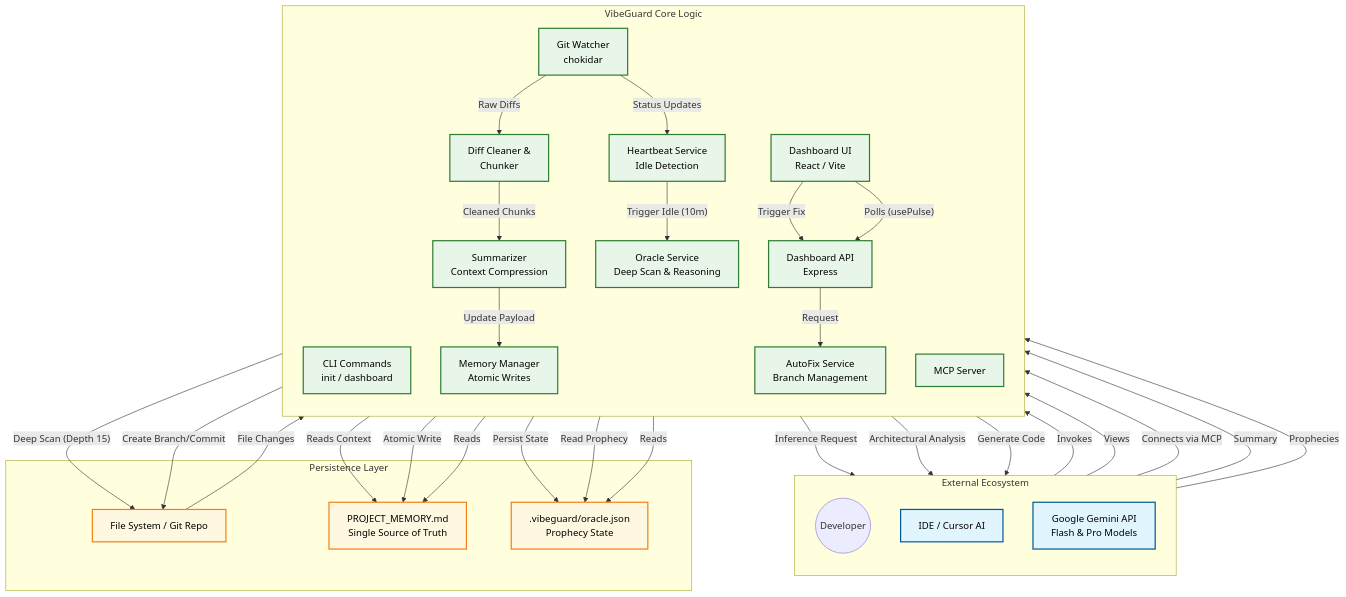
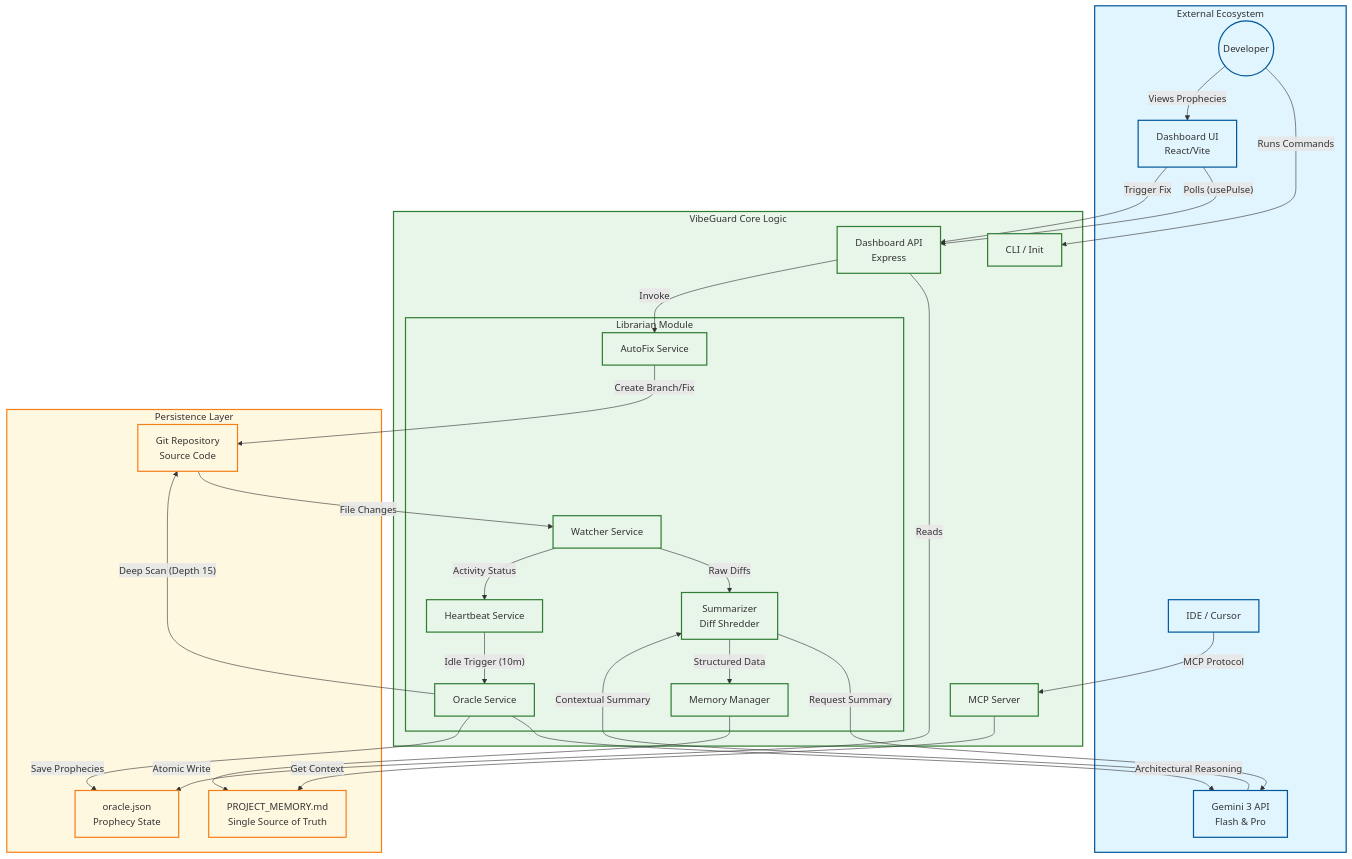
The diagram in DIAGRAM.md (cdaviddav/vibeguard), drawn with Mermaid before and after one commit. The commit also changed other lines of this file and 6 other files, not shown here.

````diff
--- a/DIAGRAM.md
+++ b/DIAGRAM.md
@@ -3,88 +3,92 @@
 ```mermaid
 flowchart TD
-    %% Define Styles
-    classDef ExternalServices fill:#e1f5fe,stroke:#01579b,stroke-width:2px,color:#000
-    classDef InternalLogic fill:#e8f5e9,stroke:#2e7d32,stroke-width:2px,color:#000
-    classDef PersistenceFiles fill:#fff8e1,stroke:#f57f17,stroke-width:2px,color:#000
+    %% ------------------------------
+    %% STYLE DEFINITIONS
+    %% ------------------------------
+    classDef ExternalServices fill:#e1f5fe,stroke:#01579b,stroke-width:2px
+    classDef InternalLogic fill:#e8f5e9,stroke:#2e7d32,stroke-width:2px
+    classDef PersistenceFiles fill:#fff8e1,stroke:#f57f17,stroke-width:2px
 
-    %% External Entities
+    %% ------------------------------
+    %% EXTERNAL SERVICES
+    %% ------------------------------
     subgraph External [External Ecosystem]
-        direction TB
-        Dev((Developer))
-        IDE[IDE / Cursor AI]
-        Gemini[Google Gemini API<br/>Flash & Pro Models]
+        User((Developer))
+        IDE[IDE / Cursor]
+        Gemini[Gemini 3 API<br/>Flash & Pro]
+        DashUI[Dashboard UI<br/>React/Vite]
     end
 
-    %% Persistence Layer (File System)
-    subgraph Storage [Persistence Layer]
-        FS[File System / Git Repo]
-        ProjMem[PROJECT_MEMORY.md<br/>Single Source of Truth]
-        OracleState[.vibeguard/oracle.json<br/>Prophecy State]
+    %% ------------------------------
+    %% INTERNAL LOGIC
+    %% ------------------------------
+    subgraph Core [VibeGuard Core Logic]
+        CLI[CLI / Init]
+        MCP[MCP Server]
+        
+        subgraph Librarian [Librarian Module]
+            Watcher[Watcher Service]
+            Summarizer[Summarizer<br/>Diff Shredder]
+            MemMgr[Memory Manager]
+            Heartbeat[Heartbeat Service]
+            Oracle[Oracle Service]
+            AutoFix[AutoFix Service]
+        end
+        
+        DashAPI[Dashboard API<br/>Express]
     end
 
-    %% VibeGuard Core System
-    subgraph VibeGuard [VibeGuard Core Logic]
-        direction TB
-        
-        %% Entry Points
-        CLI[CLI Commands<br/>init / dashboard]
-        MCP[MCP Server]
-        
-        %% Watcher Pipeline
-        Watcher[Git Watcher<br/>chokidar]
-        DiffEngine[Diff Cleaner &<br/>Chunker]
-        
-        %% Librarian Services
-        Heartbeat[Heartbeat Service<br/>Idle Detection]
-        Oracle[Oracle Service<br/>Deep Scan & Reasoning]
-        Summarizer[Summarizer<br/>Context Compression]
-        MemManager[Memory Manager<br/>Atomic Writes]
-        AutoFix[AutoFix Service<br/>Branch Management]
-        
-        %% Dashboard
-        DashAPI[Dashboard API<br/>Express]
-        DashUI[Dashboard UI<br/>React / Vite]
+    %% ------------------------------
+    %% PERSISTENCE LAYER
+    %% ------------------------------
+    subgraph Storage [Persistence Layer]
+        GitRepo[Git Repository<br/>Source Code]
+        MemFile[PROJECT_MEMORY.md<br/>Single Source of Truth]
+        OracleStore[oracle.json<br/>Prophecy State]
     end
 
-    %% Relationships & Data Flow
+    %% ------------------------------
+    %% DATA FLOW CONNECTIONS
+    %% ------------------------------
+    
+    %% User Interactions
+    User -- "Runs Commands" --> CLI
+    User -- "Views Prophecies" --> DashUI
+    IDE -- "MCP Protocol" --> MCP
+    
+    %% Watcher Pipeline
+    GitRepo -- "File Changes" --> Watcher
+    Watcher -- "Raw Diffs" --> Summarizer
+    Summarizer -- "Request Summary" --> Gemini
+    Gemini -- "Contextual Summary" --> Summarizer
+    Summarizer -- "Structured Data" --> MemMgr
+    MemMgr -- "Atomic Write" --> MemFile
+    
+    %% Autonomous Maintenance Loop
+    Watcher -- "Activity Status" --> Heartbeat
+    Heartbeat -- "Idle Trigger (10m)" --> Oracle
+    Oracle -- "Deep Scan (Depth 15)" --> GitRepo
+    Oracle -- "Architectural Reasoning" --> Gemini
+    Oracle -- "Save Prophecies" --> OracleStore
+    
+    %% Dashboard & AutoFix Flow
+    DashUI -- "Polls (usePulse)" --> DashAPI
+    DashAPI -- "Reads" --> OracleStore
+    DashUI -- "Trigger Fix" --> DashAPI
+    DashAPI -- "Invoke" --> AutoFix
+    AutoFix -- "Create Branch/Fix" --> GitRepo
+    
+    %% Context Retrieval
+    MCP -- "Get Context" --> MemFile
 
-    %% User / IDE Interactions
-    Dev -- Invokes --> CLI
-    Dev -- Views --> DashUI
-    IDE -- Connects via MCP --> MCP
-    MCP -- Reads Context --> ProjMem
-
-    %% Watcher Flow
-    FS -- File Changes --> Watcher
-    Watcher -- Raw Diffs --> DiffEngine
-    DiffEngine -- Cleaned Chunks --> Summarizer
-    Summarizer -- Inference Request --> Gemini
-    Gemini -- Summary --> Summarizer
-    Summarizer -- Update Payload --> MemManager
-    MemManager -- Atomic Write --> ProjMem
-
-    %% Autonomous Loop (Heartbeat & Oracle)
-    Watcher -- Status Updates --> Heartbeat
-    Heartbeat -- Trigger Idle (10m) --> Oracle
-    Oracle -- Deep Scan (Depth 15) --> FS
-    Oracle -- Architectural Analysis --> Gemini
-    Gemini -- Prophecies --> Oracle
-    Oracle -- Persist State --> OracleState
-
-    %% AutoFix Flow
-    DashUI -- Trigger Fix --> DashAPI
-    DashAPI -- Request --> AutoFix
-    AutoFix -- Read Prophecy --> OracleState
-    AutoFix -- Generate Code --> Gemini
-    AutoFix -- Create Branch/Commit --> FS
-
-    %% Dashboard Data Flow
-    DashUI -- Polls (usePulse) --> DashAPI
-    DashAPI -- Reads --> ProjMem
-    DashAPI -- Reads --> OracleState
-
-    %% Apply Styles
-    class IDE,Gemini ExternalServices
-    class CLI,MCP,Watcher,DiffEngine,Heartbeat,Oracle,Summarizer,MemManager,AutoFix,DashAPI,DashUI InternalLogic
-    class FS,ProjMem,OracleState PersistenceFiles
+    %% ------------------------------
+    %% APPLY STYLES
+    %% ------------------------------
+    class External ExternalServices
+    class Core InternalLogic
+    class Librarian InternalLogic
+    class Storage PersistenceFiles
+    class GitRepo,MemFile,OracleStore PersistenceFiles
+    class User,IDE,Gemini,DashUI ExternalServices
+    class CLI,MCP,Watcher,Summarizer,MemMgr,Heartbeat,Oracle,AutoFix,DashAPI InternalLogic
 ```
````
